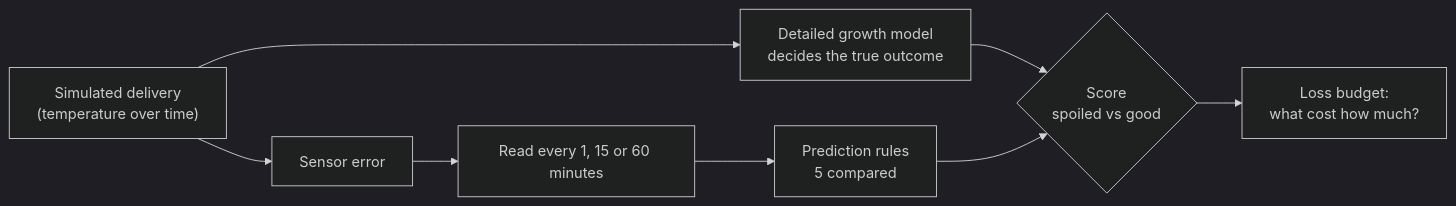
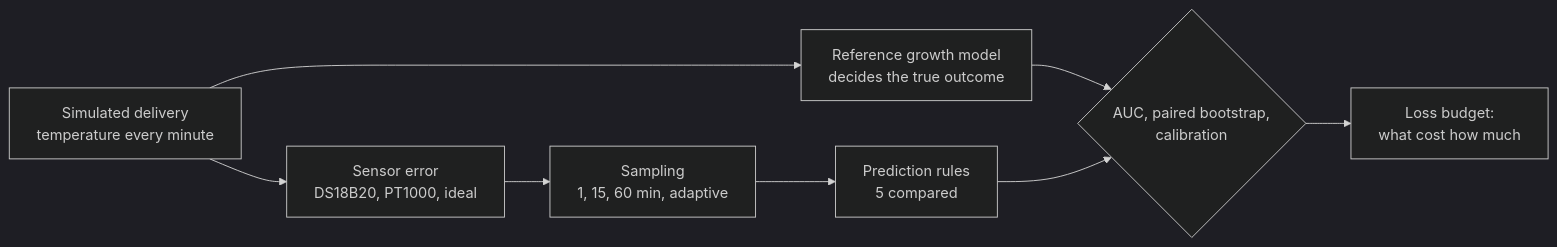
One commit to CopyNinja07-07/dairyguard changed the diagram in README.md. Above: the diagram before and after it, drawn with Mermaid (dark theme). The commit also changed other lines of this file and 55 other files, not shown here.

````diff
--- a/README.md
+++ b/README.md
@@ -55,10 +39,10 @@
 ```mermaid
 flowchart LR
-    A["Simulated delivery<br/>(temperature over time)"] --> B["Detailed growth model<br/>decides the true outcome"]
-    A --> C["Sensor error"]
-    C --> D["Read every 1, 15 or 60 minutes"]
+    A["Simulated delivery<br/>temperature every minute"] --> B["Reference growth model<br/>decides the true outcome"]
+    A --> C["Sensor error<br/>DS18B20, PT1000, ideal"]
+    C --> D["Sampling<br/>1, 15, 60 min, adaptive"]
     D --> E["Prediction rules<br/>5 compared"]
-    B --> F{"Score<br/>spoiled vs good"}
+    B --> F{"AUC, paired bootstrap,<br/>calibration"}
     E --> F
-    F --> G["Loss budget:<br/>what cost how much?"]
+    F --> G["Loss budget:<br/>what cost how much"]
 ```
````
